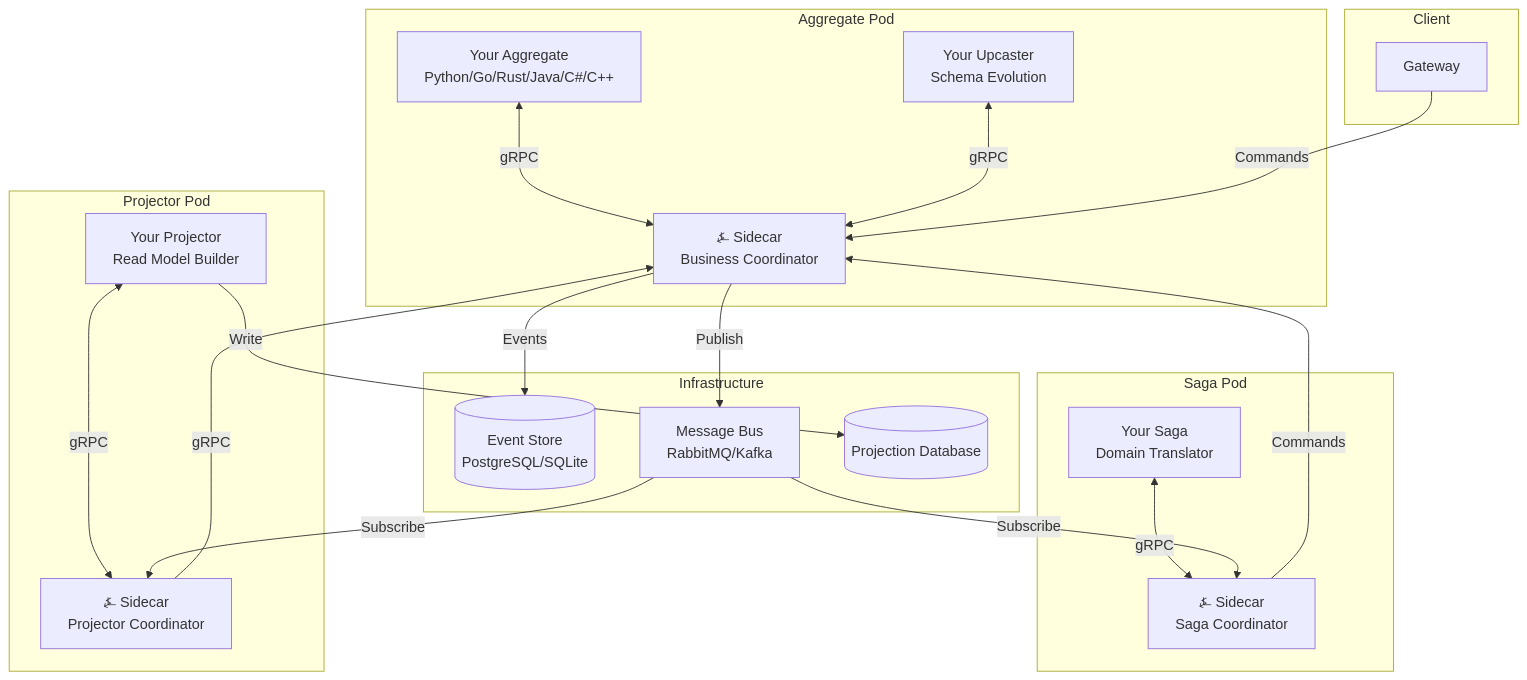
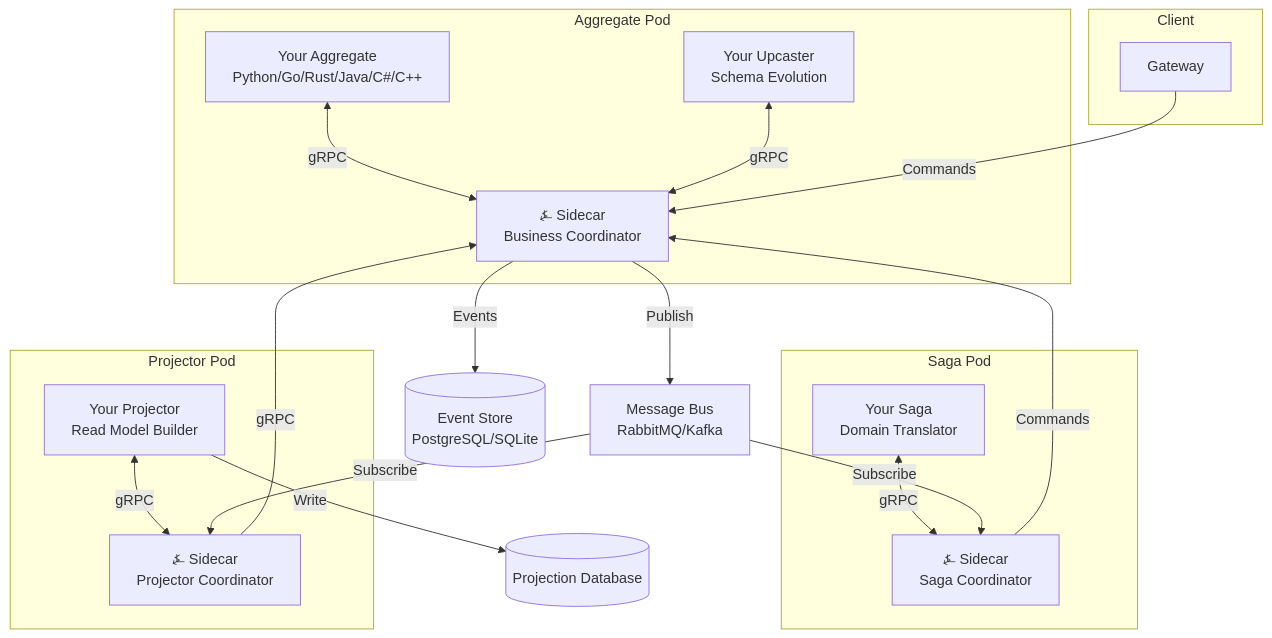
Before and after one commit to benjaminabbitt/angzarr: the diagram in docs/docs/intro.md, drawn with Mermaid.

Commit message:
Remove Infrastructure subgraph from architecture diagram

````diff
--- a/docs/docs/intro.md
+++ b/docs/docs/intro.md
@@ -73,41 +73,39 @@
 ```mermaid
 flowchart TB
     subgraph Client
         GW[Gateway]
     end
 
-    subgraph Infrastructure
-        ES[(Event Store<br/>PostgreSQL/SQLite)]
-        BUS[Message Bus<br/>RabbitMQ/Kafka]
-        PRJ_DB[(Projection Database)]
-    end
+    ES[(Event Store<br/>PostgreSQL/SQLite)]
+    BUS[Message Bus<br/>RabbitMQ/Kafka]
+    PRJ_DB[(Projection Database)]
 
     subgraph AggPod[Aggregate Pod]
         AGG[Your Aggregate<br/>Python/Go/Rust/Java/C#/C++]
         UPC[Your Upcaster<br/>Schema Evolution]
         AGG_COORD[⍼ Sidecar<br/>Business Coordinator]
         AGG <--> |gRPC| AGG_COORD
         UPC <--> |gRPC| AGG_COORD
     end
 
     subgraph SagaPod[Saga Pod]
         SAGA[Your Saga<br/>Domain Translator]
         SAGA_COORD[⍼ Sidecar<br/>Saga Coordinator]
         SAGA <--> |gRPC| SAGA_COORD
     end
 
     subgraph PrjPod[Projector Pod]
         PRJ[Your Projector<br/>Read Model Builder]
         PRJ_COORD[⍼ Sidecar<br/>Projector Coordinator]
         PRJ <--> |gRPC| PRJ_COORD
     end
 
     GW --> |Commands| AGG_COORD
     AGG_COORD --> |Events| ES
     AGG_COORD --> |Publish| BUS
     BUS --> |Subscribe| SAGA_COORD
     BUS --> |Subscribe| PRJ_COORD
     SAGA_COORD --> |Commands| AGG_COORD
     PRJ_COORD --> |gRPC| AGG_COORD
     PRJ --> |Write| PRJ_DB
 ```
````
